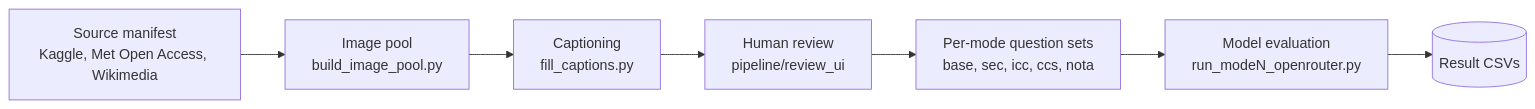
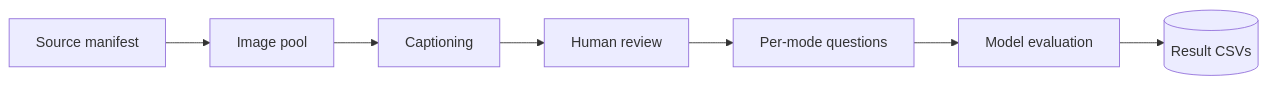
Before and after one commit to HasanBGit/Sarab-Benchmark: the diagram in README.md, drawn with Mermaid. The commit also changed other lines of this file and 3 other files, not shown here.

````diff
--- a/README.md
+++ b/README.md
@@ -112,9 +76,9 @@
 ```mermaid
 flowchart LR
-    A["Source manifest<br/>Kaggle, Met Open Access, Wikimedia"] --> B["Image pool<br/>build_image_pool.py"]
-    B --> C["Captioning<br/>fill_captions.py"]
-    C --> D["Human review<br/>pipeline/review_ui"]
-    D --> E["Per-mode question sets<br/>base, sec, icc, ccs, nota"]
-    E --> F["Model evaluation<br/>run_modeN_openrouter.py"]
+    A["Source manifest"] --> B["Image pool"]
+    B --> C["Captioning"]
+    C --> D["Human review"]
+    D --> E["Per-mode questions"]
+    E --> F["Model evaluation"]
     F --> G[("Result CSVs")]
 ```
````
